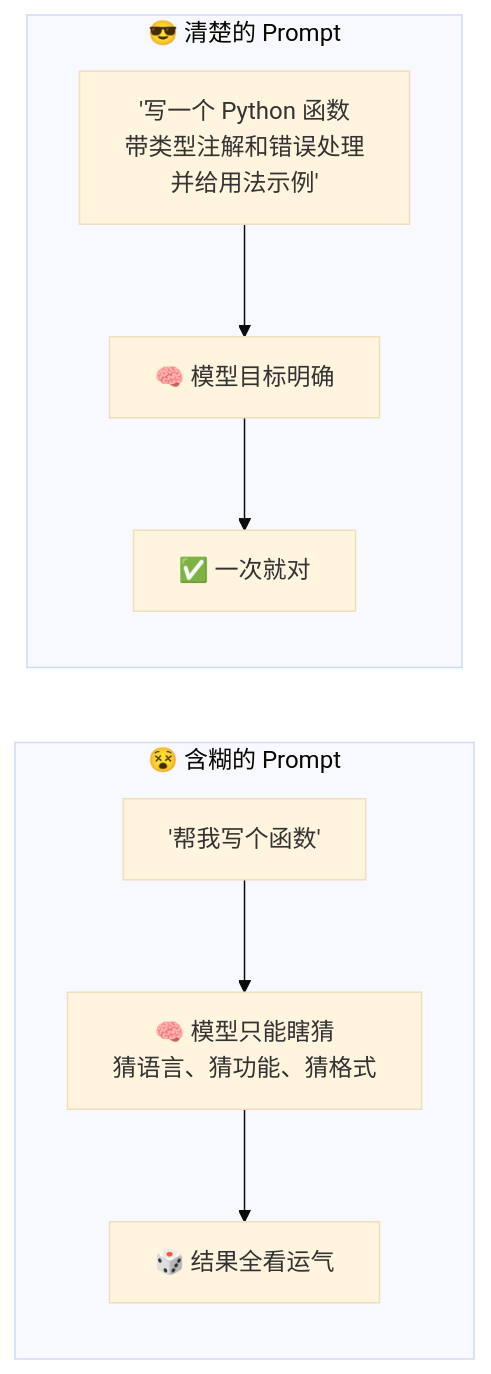
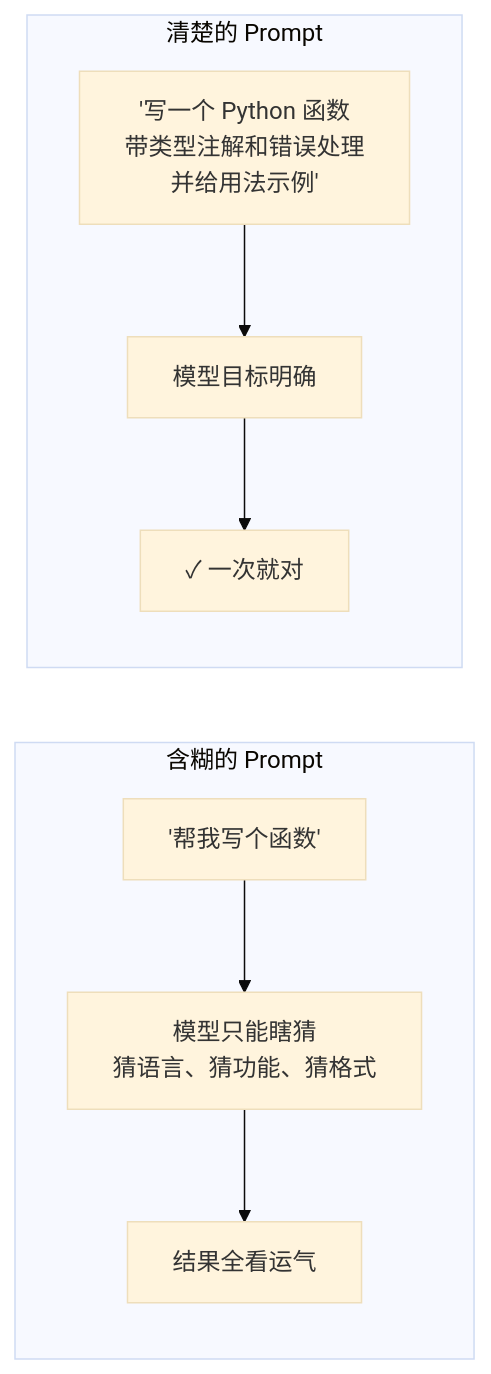
One commit to luckykhy/KhyAiHub changed the first of 6 diagrams in docs/02_CONCEPTS_概念入门/CONCEPT/[CONCEPT-07] 什么是Prompt-提示词.md. Above: the diagram before and after it, drawn with Mermaid (base theme). The commit also changed other lines of this file and 19 other files, not shown here.

````diff
--- a/docs/02_CONCEPTS_概念入门/CONCEPT/[CONCEPT-07] 什么是Prompt-提示词.md
+++ b/docs/02_CONCEPTS_概念入门/CONCEPT/[CONCEPT-07] 什么是Prompt-提示词.md
@@ -37,9 +37,9 @@
 ```mermaid
 flowchart LR
-  subgraph 烂Prompt["😵 含糊的 Prompt"]
-    B1["'帮我写个函数'"] --> B2["🧠 模型只能瞎猜<br/>猜语言、猜功能、猜格式"] --> B3["🎲 结果全看运气"]
+  subgraph 烂Prompt["含糊的 Prompt"]
+    B1["'帮我写个函数'"] --> B2["模型只能瞎猜<br/>猜语言、猜功能、猜格式"] --> B3["结果全看运气"]
   end
-  subgraph 好Prompt["😎 清楚的 Prompt"]
-    G1["'写一个 Python 函数<br/>带类型注解和错误处理<br/>并给用法示例'"] --> G2["🧠 模型目标明确"] --> G3["✅ 一次就对"]
+  subgraph 好Prompt["清楚的 Prompt"]
+    G1["'写一个 Python 函数<br/>带类型注解和错误处理<br/>并给用法示例'"] --> G2["模型目标明确"] --> G3["✓ 一次就对"]
   end
 ```
````
